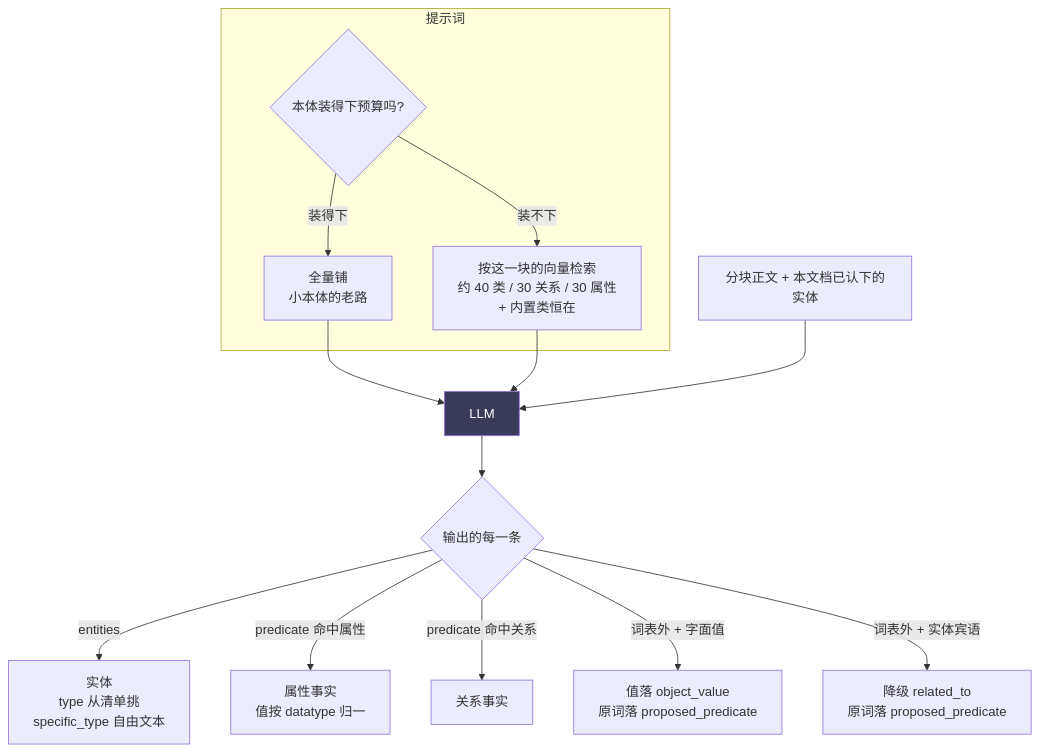
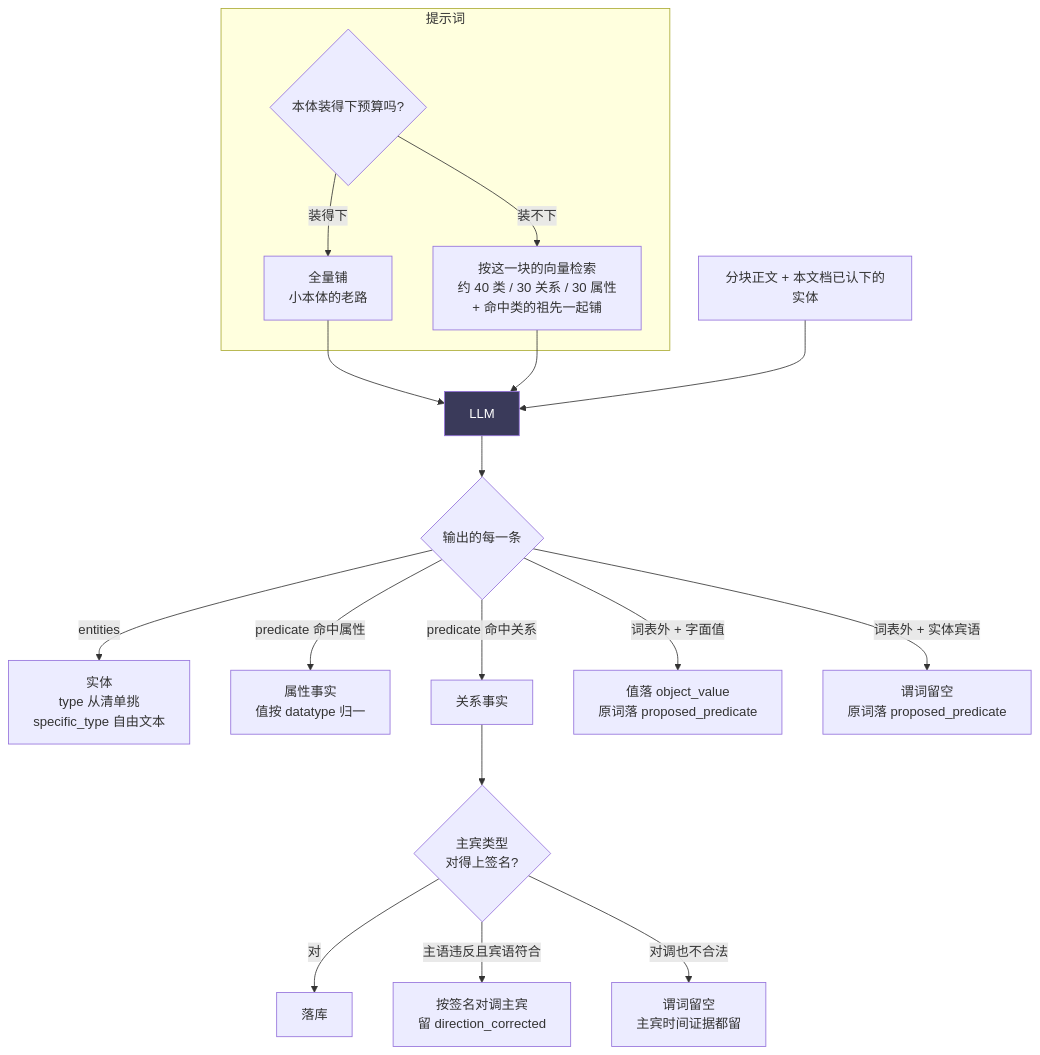
One commit to Danmushu/utopia changed the second of 5 diagrams in docs/pipeline.md. Above: the diagram before and after it, drawn with Mermaid. The commit also changed other lines of this file and 30 other files, not shown here.

````diff
--- a/docs/pipeline.md
+++ b/docs/pipeline.md
@@ -45,19 +56,23 @@
 ```mermaid
 flowchart TB
     subgraph 提示词
         B{本体装得下预算吗?}
         B -->|装得下| FULL[全量铺<br/>小本体的老路]
-        B -->|装不下| RET[按这一块的向量检索<br/>约 40 类 / 30 关系 / 30 属性<br/>+ 内置类恒在]
+        B -->|装不下| RET[按这一块的向量检索<br/>约 40 类 / 30 关系 / 30 属性<br/>+ 命中类的祖先一起铺]
     end
     FULL --> LLM[LLM]
     RET --> LLM
     CHK[分块正文 + 本文档已认下的实体] --> LLM
     LLM --> J{输出的每一条}
     J -->|entities| EN[实体<br/>type 从清单挑<br/>specific_type 自由文本]
     J -->|predicate 命中属性| AT[属性事实<br/>值按 datatype 归一]
     J -->|predicate 命中关系| RL[关系事实]
+    RL --> DIR{主宾类型<br/>对得上签名?}
+    DIR -->|对| OK[落库]
+    DIR -->|主语违反且宾语符合| SWAP[按签名对调主宾<br/>留 direction_corrected]
+    DIR -->|对调也不合法| NOP[谓词留空<br/>主宾时间证据都留]
     J -->|词表外 + 字面值| LIT[值落 object_value<br/>原词落 proposed_predicate]
-    J -->|词表外 + 实体宾语| FB[降级 related_to<br/>原词落 proposed_predicate]
+    J -->|词表外 + 实体宾语| FB[谓词留空<br/>原词落 proposed_predicate]
 
     style LLM fill:#3a3a5a,color:#fff
 ```
````
